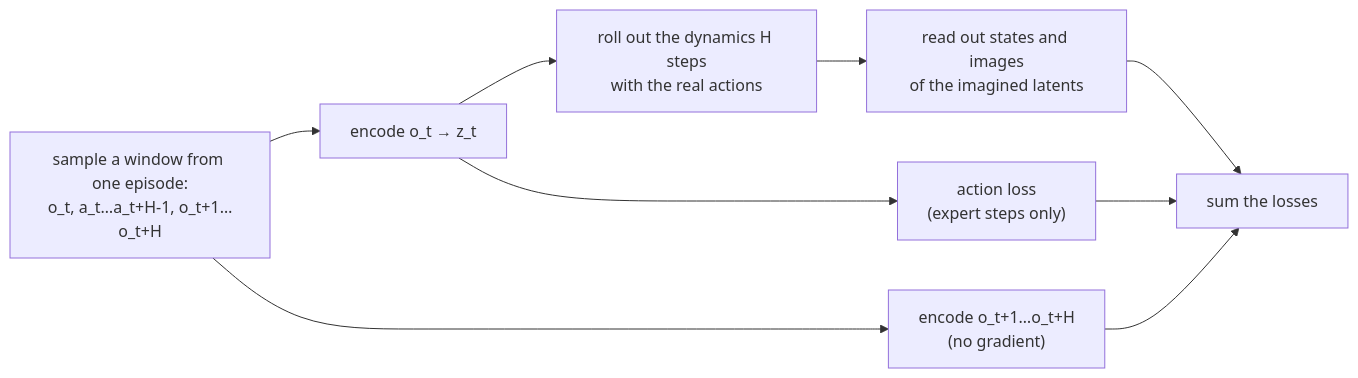
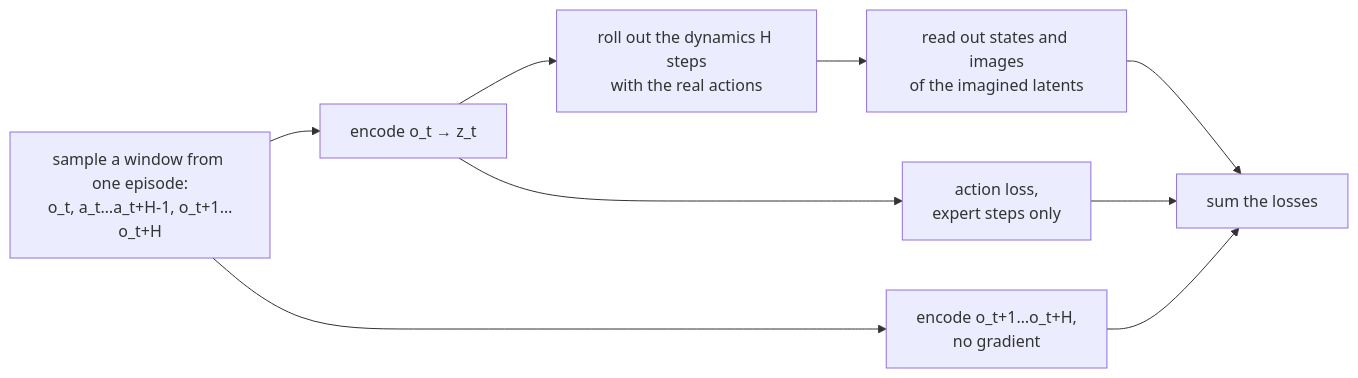
The fourth of 4 diagrams in docs/pico-wam-paper.md (keivalya/mini-wam), drawn with Mermaid before and after one commit. The commit also changed other lines of this file and 5 other files, not shown here.

````diff
--- a/docs/pico-wam-paper.md
+++ b/docs/pico-wam-paper.md
@@ -236,9 +255,9 @@
 ```mermaid
 flowchart LR
     W["sample a window from one episode:<br/>o_t, a_t…a_t+H-1, o_t+1…o_t+H"] --> E["encode o_t → z_t"]
     E --> R["roll out the dynamics H steps<br/>with the real actions"]
     R --> O["read out states and images<br/>of the imagined latents"]
     O --> L["sum the losses"]
-    W --> T["encode o_t+1…o_t+H<br/>(no gradient)"] --> L
-    E --> P["action loss<br/>(expert steps only)"] --> L
+    W --> T["encode o_t+1…o_t+H,<br/>no gradient"] --> L
+    E --> P["action loss,<br/>expert steps only"] --> L
 ```
````
